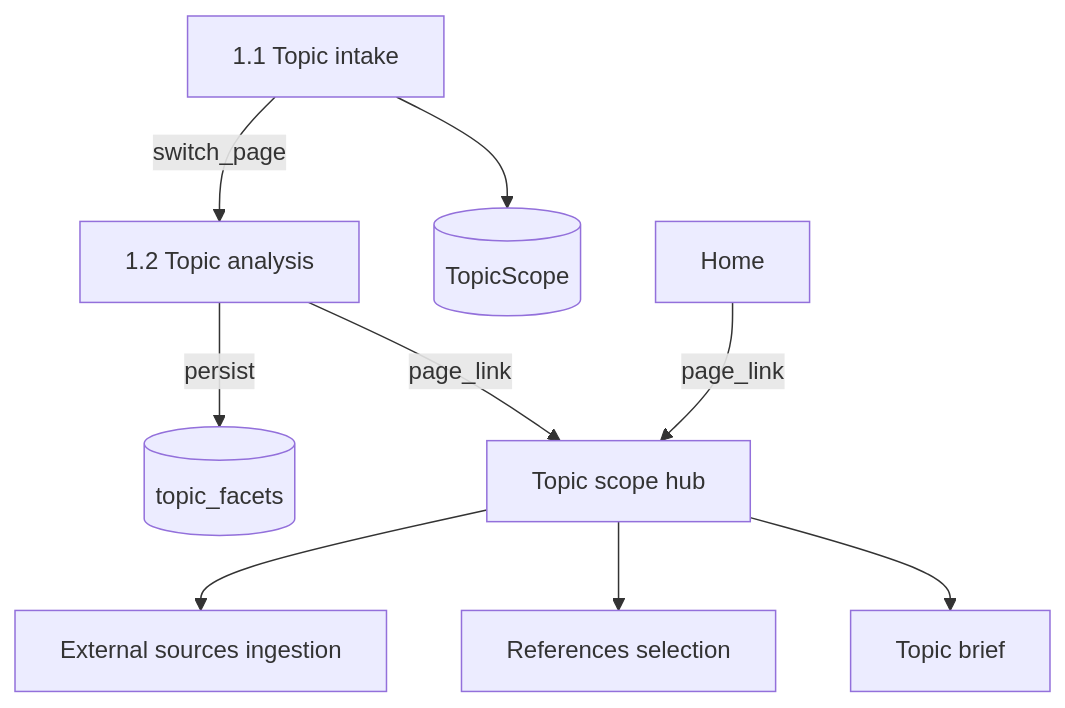
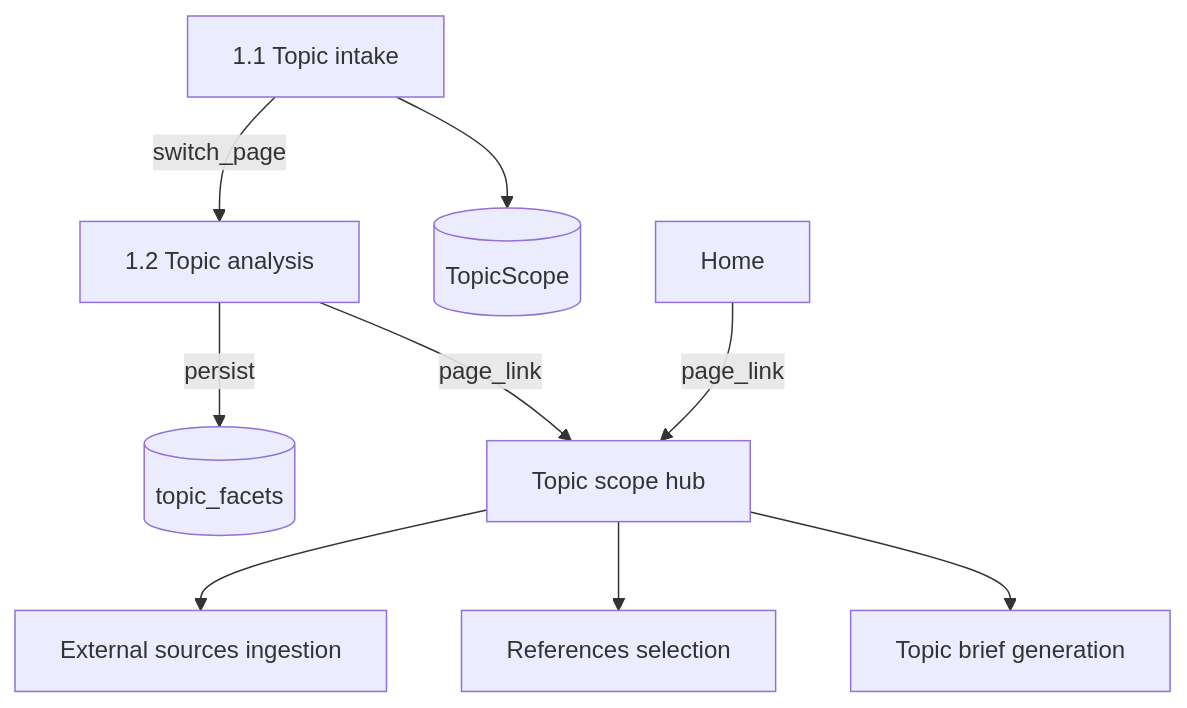
The diagram in docs/specs/1.2-topic-analysis.md (GustavoRusso/paper-reviewer), drawn with Mermaid before and after one commit. The commit also changed other lines of this file and 17 other files, not shown here.

Commit message:
renamed docs and code to rename the "4-topic-brief.md" step to "4-topic-brief-generation.md"

````diff
--- a/docs/specs/1.2-topic-analysis.md
+++ b/docs/specs/1.2-topic-analysis.md
@@ -50,20 +50,20 @@
 ```mermaid
 flowchart TB
   home[Home]
   intake[1.1 Topic intake]
   scope[(TopicScope)]
   analyze[1.2 Topic analysis]
   facets[(topic_facets)]
   hub[Topic scope hub]
   ingest[External sources ingestion]
   referencesSelection[References selection]
-  topicBrief[Topic brief]
+  topicBrief[Topic brief generation]
   home -->|page_link| hub
   intake -->|switch_page| analyze
   intake --> scope
   analyze -->|persist| facets
   analyze -->|page_link| hub
   hub --> ingest
   hub --> referencesSelection
   hub --> topicBrief
 ```
````
